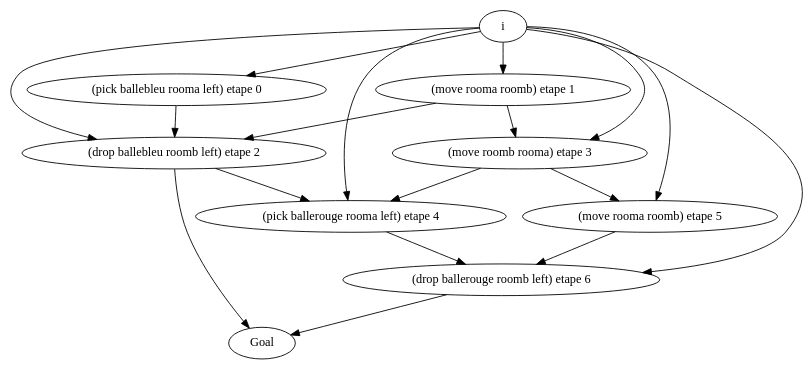
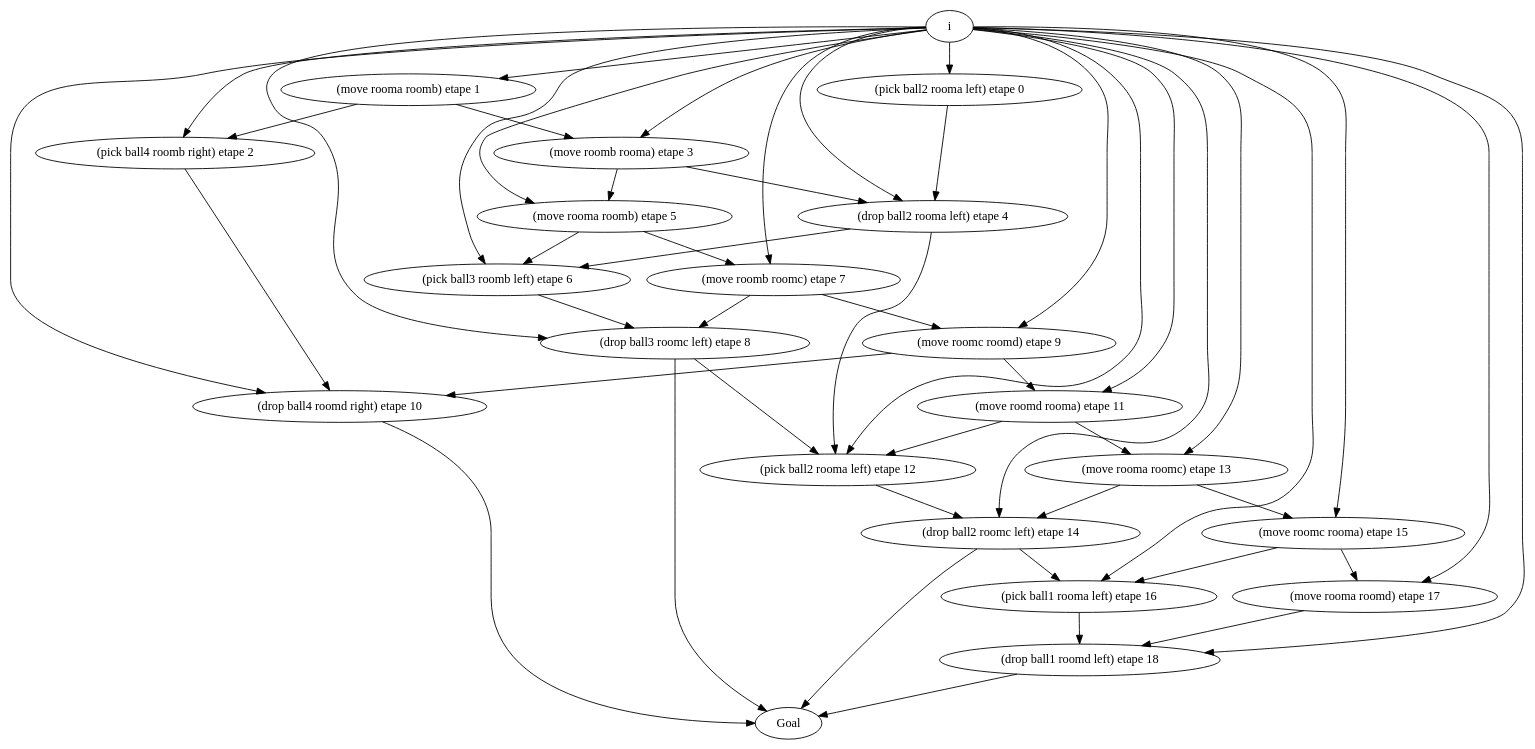
Before and after one commit to plaans/aries: the diagram in graphique.dot, drawn with Graphviz. The commit also changed 10 other files, not shown here.

```diff
--- a/graphique.dot
+++ b/graphique.dot
@@ -1,19 +1,51 @@
 digraph D { 
-"(pick ballebleu rooma left) etape 0" -> "(drop ballebleu roomb left) etape 2";
-"(move rooma roomb) etape 1" -> "(drop ballebleu roomb left) etape 2";
+"(pick ball2 rooma left) etape 0" -> "(drop ball2 rooma left) etape 4";
+"(move rooma roomb) etape 1" -> "(pick ball4 roomb right) etape 2";
 "(move rooma roomb) etape 1" -> "(move roomb rooma) etape 3";
-"(drop ballebleu roomb left) etape 2" -> "(pick ballerouge rooma left) etape 4";
-"(drop ballebleu roomb left) etape 2" -> " Goal ";
-"(move roomb rooma) etape 3" -> "(pick ballerouge rooma left) etape 4";
+"(pick ball4 roomb right) etape 2" -> "(drop ball4 roomd right) etape 10";
+"(move roomb rooma) etape 3" -> "(drop ball2 rooma left) etape 4";
 "(move roomb rooma) etape 3" -> "(move rooma roomb) etape 5";
-"(pick ballerouge rooma left) etape 4" -> "(drop ballerouge roomb left) etape 6";
-"(move rooma roomb) etape 5" -> "(drop ballerouge roomb left) etape 6";
-"(drop ballerouge roomb left) etape 6" -> " Goal ";
-" i " -> "(pick ballebleu rooma left) etape 0";
+"(drop ball2 rooma left) etape 4" -> "(pick ball3 roomb left) etape 6";
+"(drop ball2 rooma left) etape 4" -> "(pick ball2 rooma left) etape 12";
+"(move rooma roomb) etape 5" -> "(pick ball3 roomb left) etape 6";
+"(move rooma roomb) etape 5" -> "(move roomb roomc) etape 7";
+"(pick ball3 roomb left) etape 6" -> "(drop ball3 roomc left) etape 8";
+"(move roomb roomc) etape 7" -> "(drop ball3 roomc left) etape 8";
+"(move roomb roomc) etape 7" -> "(move roomc roomd) etape 9";
+"(drop ball3 roomc left) etape 8" -> "(pick ball2 rooma left) etape 12";
+"(drop ball3 roomc left) etape 8" -> " Goal ";
+"(move roomc roomd) etape 9" -> "(drop ball4 roomd right) etape 10";
+"(move roomc roomd) etape 9" -> "(move roomd rooma) etape 11";
+"(drop ball4 roomd right) etape 10" -> " Goal ";
+"(move roomd rooma) etape 11" -> "(pick ball2 rooma left) etape 12";
+"(move roomd rooma) etape 11" -> "(move rooma roomc) etape 13";
+"(pick ball2 rooma left) etape 12" -> "(drop ball2 roomc left) etape 14";
+"(move rooma roomc) etape 13" -> "(drop ball2 roomc left) etape 14";
+"(move rooma roomc) etape 13" -> "(move roomc rooma) etape 15";
+"(drop ball2 roomc left) etape 14" -> "(pick ball1 rooma left) etape 16";
+"(drop ball2 roomc left) etape 14" -> " Goal ";
+"(move roomc rooma) etape 15" -> "(pick ball1 rooma left) etape 16";
+"(move roomc rooma) etape 15" -> "(move rooma roomd) etape 17";
+"(pick ball1 rooma left) etape 16" -> "(drop ball1 roomd left) etape 18";
+"(move rooma roomd) etape 17" -> "(drop ball1 roomd left) etape 18";
+"(drop ball1 roomd left) etape 18" -> " Goal ";
+" i " -> "(pick ball2 rooma left) etape 0";
 " i " -> "(move rooma roomb) etape 1";
-" i " -> "(drop ballebleu roomb left) etape 2";
+" i " -> "(pick ball4 roomb right) etape 2";
 " i " -> "(move roomb rooma) etape 3";
-" i " -> "(pick ballerouge rooma left) etape 4";
+" i " -> "(drop ball2 rooma left) etape 4";
 " i " -> "(move rooma roomb) etape 5";
-" i " -> "(drop ballerouge roomb left) etape 6";
+" i " -> "(pick ball3 roomb left) etape 6";
+" i " -> "(move roomb roomc) etape 7";
+" i " -> "(drop ball3 roomc left) etape 8";
+" i " -> "(move roomc roomd) etape 9";
+" i " -> "(drop ball4 roomd right) etape 10";
+" i " -> "(move roomd rooma) etape 11";
+" i " -> "(pick ball2 rooma left) etape 12";
+" i " -> "(move rooma roomc) etape 13";
+" i " -> "(drop ball2 roomc left) etape 14";
+" i " -> "(move roomc rooma) etape 15";
+" i " -> "(pick ball1 rooma left) etape 16";
+" i " -> "(move rooma roomd) etape 17";
+" i " -> "(drop ball1 roomd left) etape 18";
 } 
```
